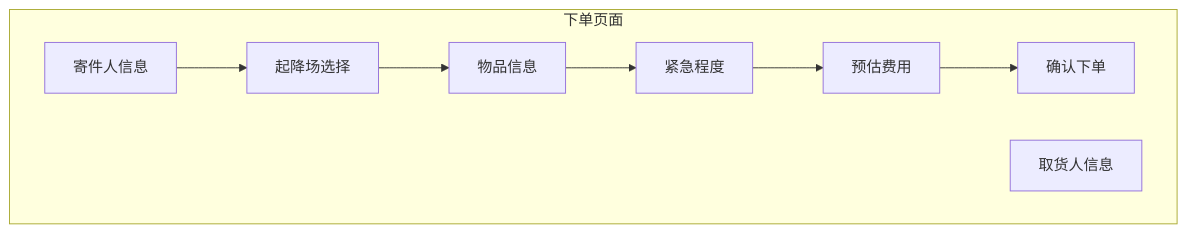
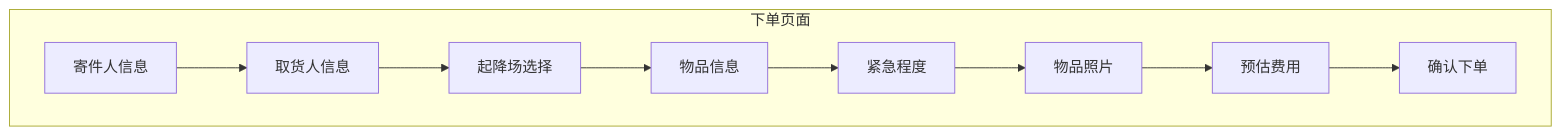
The fourth of 17 diagrams in .qoder/repowiki/zh/content/业务功能模块/医疗配送模块功能设计.md (Giraffe-Han/microAPP), drawn with Mermaid before and after one commit. The commit also changed other lines of this file and 14 other files, not shown here.

````diff
--- a/.qoder/repowiki/zh/content/业务功能模块/医疗配送模块功能设计.md
+++ b/.qoder/repowiki/zh/content/业务功能模块/医疗配送模块功能设计.md
@@ -177,17 +204,20 @@
 ```mermaid
 graph TB
 subgraph "下单页面"
 Sender[寄件人信息]
 Receiver[取货人信息]
 Pad[起降场选择]
 Item[物品信息]
 Urgency[紧急程度]
+Photos[物品照片]
 Estimate[预估费用]
 Submit[确认下单]
 end
-Sender --> Pad
+Sender --> Receiver
+Receiver --> Pad
 Pad --> Item
 Item --> Urgency
-Urgency --> Estimate
+Urgency --> Photos
+Photos --> Estimate
 Estimate --> Submit
 ```
````
